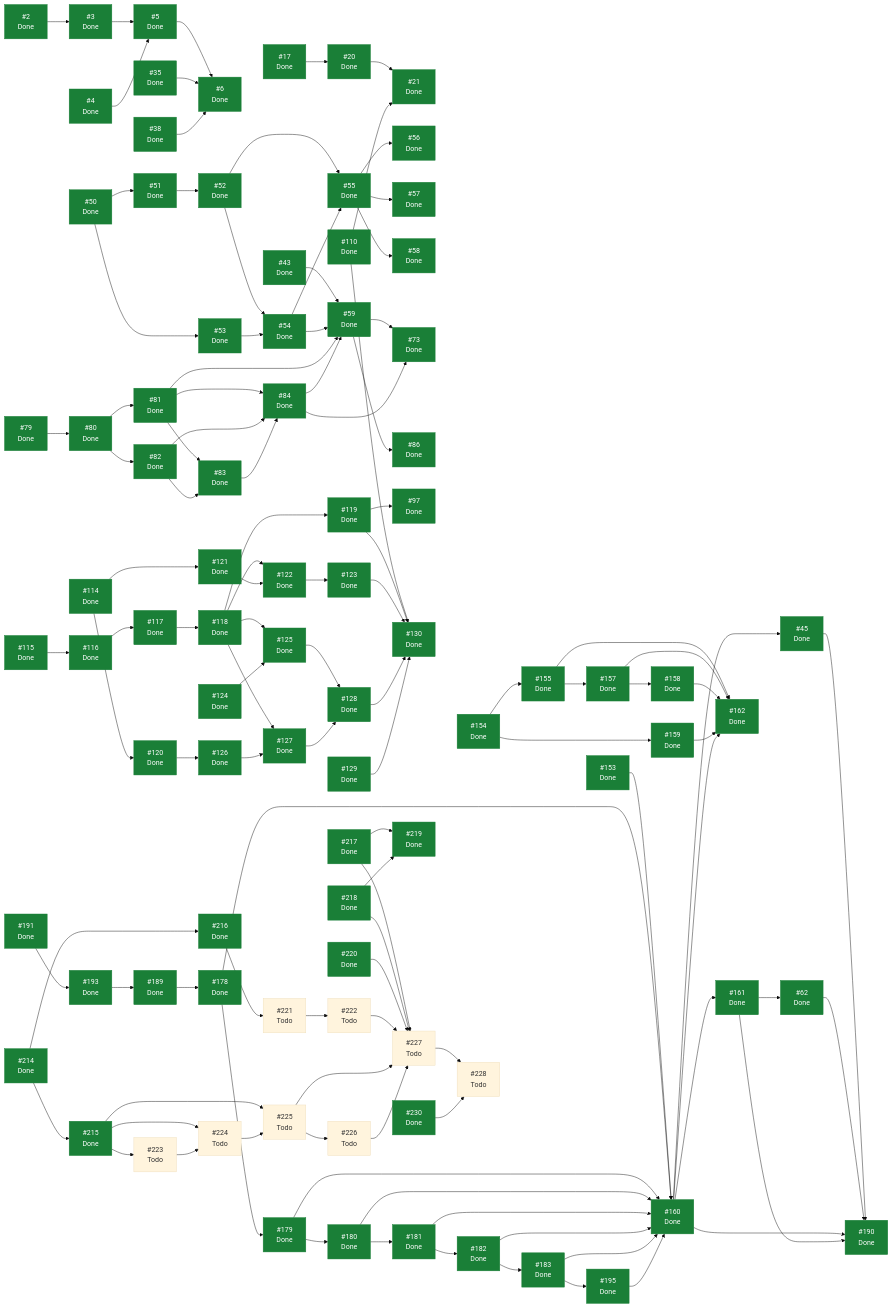
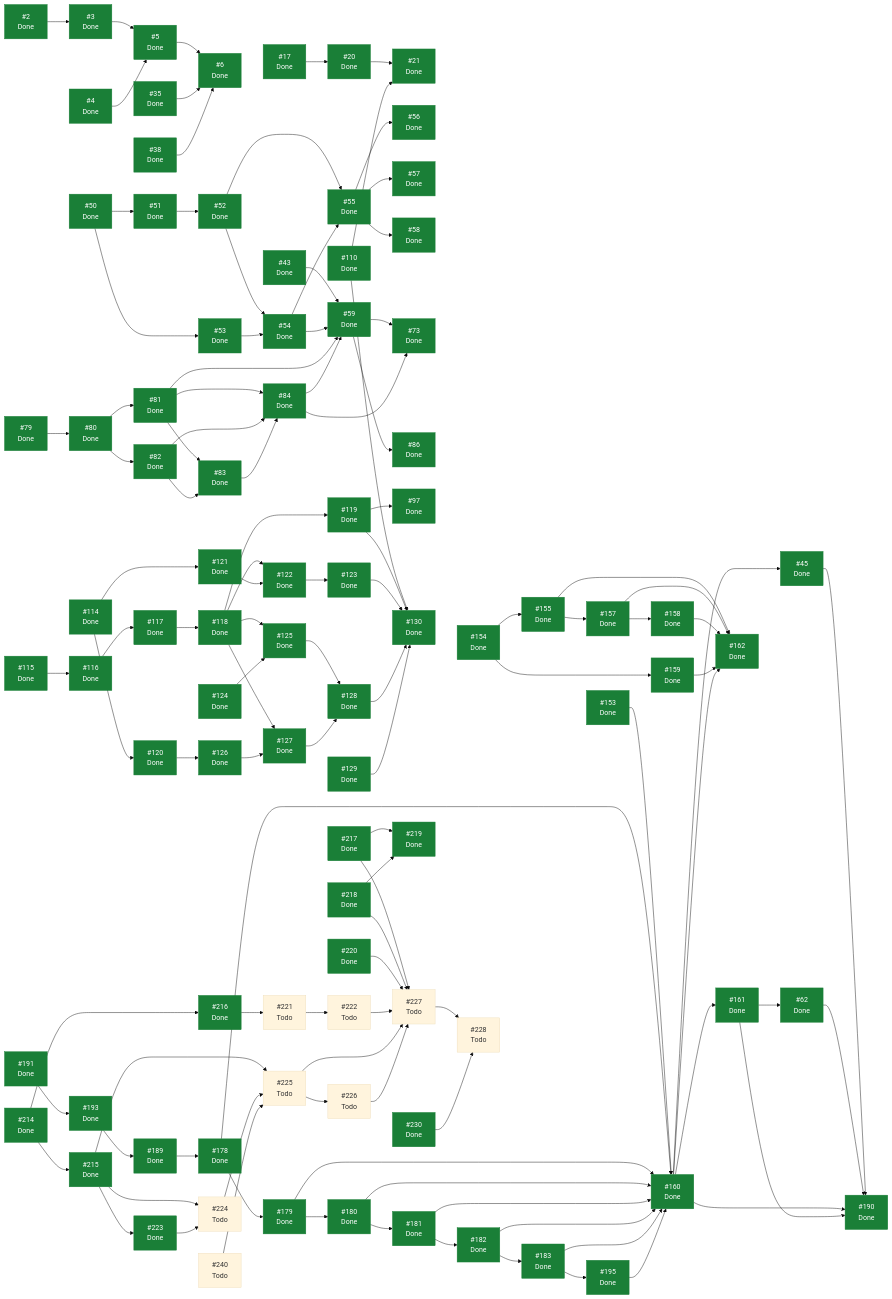
Before and after one commit to ecamp0s/evault: the diagram in docs/planning/STATUS.md, drawn with Mermaid (base theme). The commit also changed other lines of this file, not shown here.

````diff
--- a/docs/planning/STATUS.md
+++ b/docs/planning/STATUS.md
@@ -315,13 +317,14 @@
   I220["#220<br/>Done"]
   I221["#221<br/>Todo"]
   I222["#222<br/>Todo"]
-  I223["#223<br/>Todo"]
+  I223["#223<br/>Done"]
   I224["#224<br/>Todo"]
   I225["#225<br/>Todo"]
   I226["#226<br/>Todo"]
   I227["#227<br/>Todo"]
   I228["#228<br/>Todo"]
   I230["#230<br/>Done"]
+  I240["#240<br/>Todo"]
   I2 --> I3
   I3 --> I5
   I4 --> I5
@@ -431,6 +434,7 @@
   I226 --> I227
   I227 --> I228
   I230 --> I228
+  I240 --> I225
   classDef hecho fill:#1a7f37,stroke:#1a7f37,color:#fff;
-  class I2,I3,I4,I5,I6,I17,I20,I21,I35,I38,I43,I45,I50,I51,I52,I53,I54,I55,I56,I57,I58,I59,I62,I73,I79,I80,I81,I82,I83,I84,I86,I97,I110,I114,I115,I116,I117,I118,I119,I120,I121,I122,I123,I124,I125,I126,I127,I128,I129,I130,I153,I154,I155,I157,I158,I159,I160,I161,I162,I178,I179,I180,I181,I182,I183,I189,I190,I191,I193,I195,I214,I215,I216,I217,I218,I219,I220,I230 hecho;
+  class I2,I3,I4,I5,I6,I17,I20,I21,I35,I38,I43,I45,I50,I51,I52,I53,I54,I55,I56,I57,I58,I59,I62,I73,I79,I80,I81,I82,I83,I84,I86,I97,I110,I114,I115,I116,I117,I118,I119,I120,I121,I122,I123,I124,I125,I126,I127,I128,I129,I130,I153,I154,I155,I157,I158,I159,I160,I161,I162,I178,I179,I180,I181,I182,I183,I189,I190,I191,I193,I195,I214,I215,I216,I217,I218,I219,I220,I223,I230 hecho;
 ```
````
